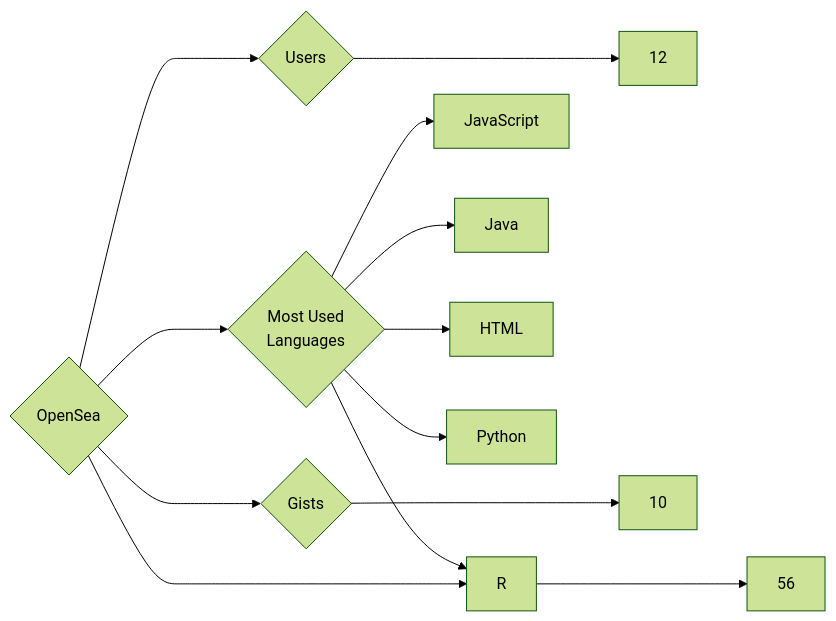
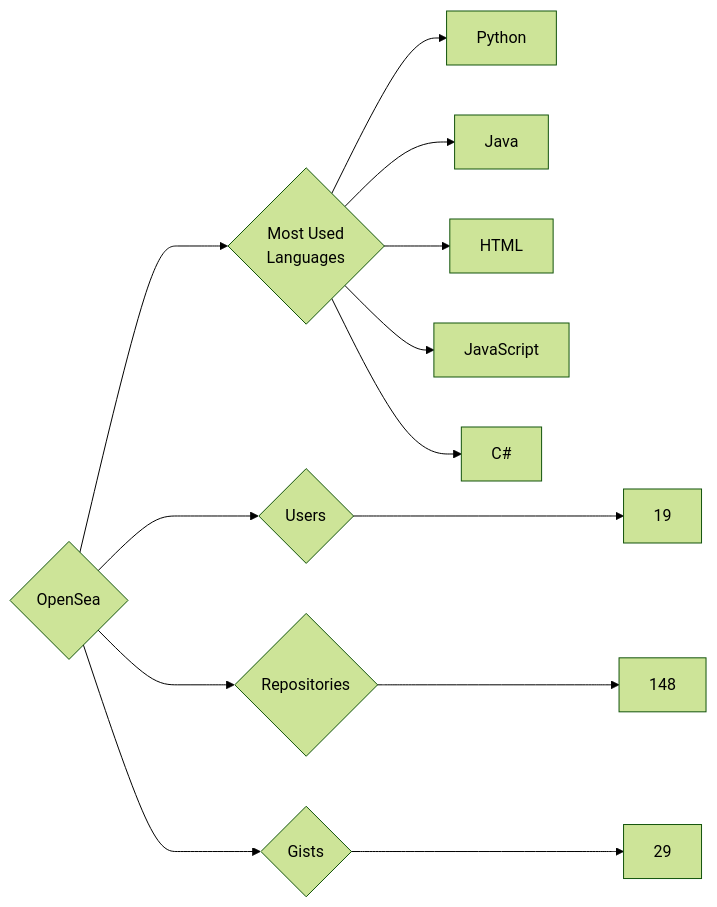
Before and after one commit to trickest/insiders: the diagram in targets/OpenSea/README.md, drawn with Mermaid (forest theme). The commit also changed 995 other files, not shown here.

````diff
--- a/targets/OpenSea/README.md
+++ b/targets/OpenSea/README.md
@@ -3,13 +3,13 @@
 ```mermaid
 graph LR
 COMPANY_NAME{OpenSea}
-COMPANY_NAME ---> U{Users} ---> UN[12]
-COMPANY_NAME ---> R{Repositories} ---> RN[56]
-COMPANY_NAME ---> G{Gists} ---> GN[10]
+COMPANY_NAME ---> U{Users} ---> UN[19]
+COMPANY_NAME ---> R{Repositories} ---> RN[148]
+COMPANY_NAME ---> G{Gists} ---> GN[29]
 COMPANY_NAME ---> ML{Most Used<br>Languages}
-ML --> JavaScript[JavaScript]
+ML --> Python[Python]
 ML --> Java[Java]
 ML --> HTML[HTML]
-ML --> Python[Python]
-ML --> R[R]
+ML --> JavaScript[JavaScript]
+ML --> C#[C#]
 ```
````
